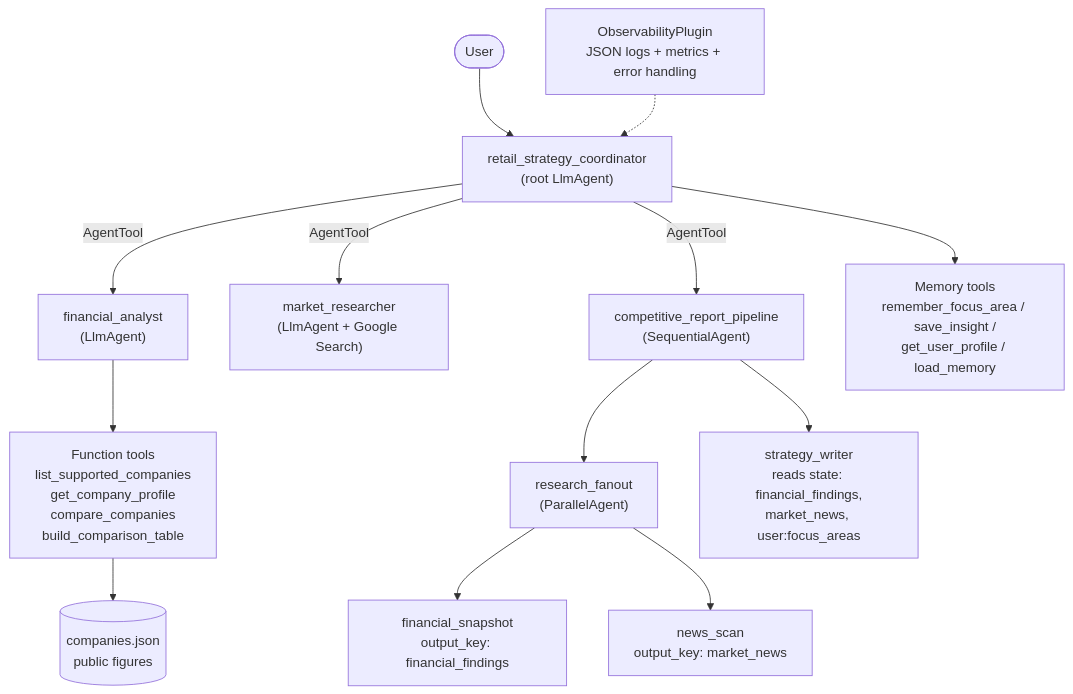
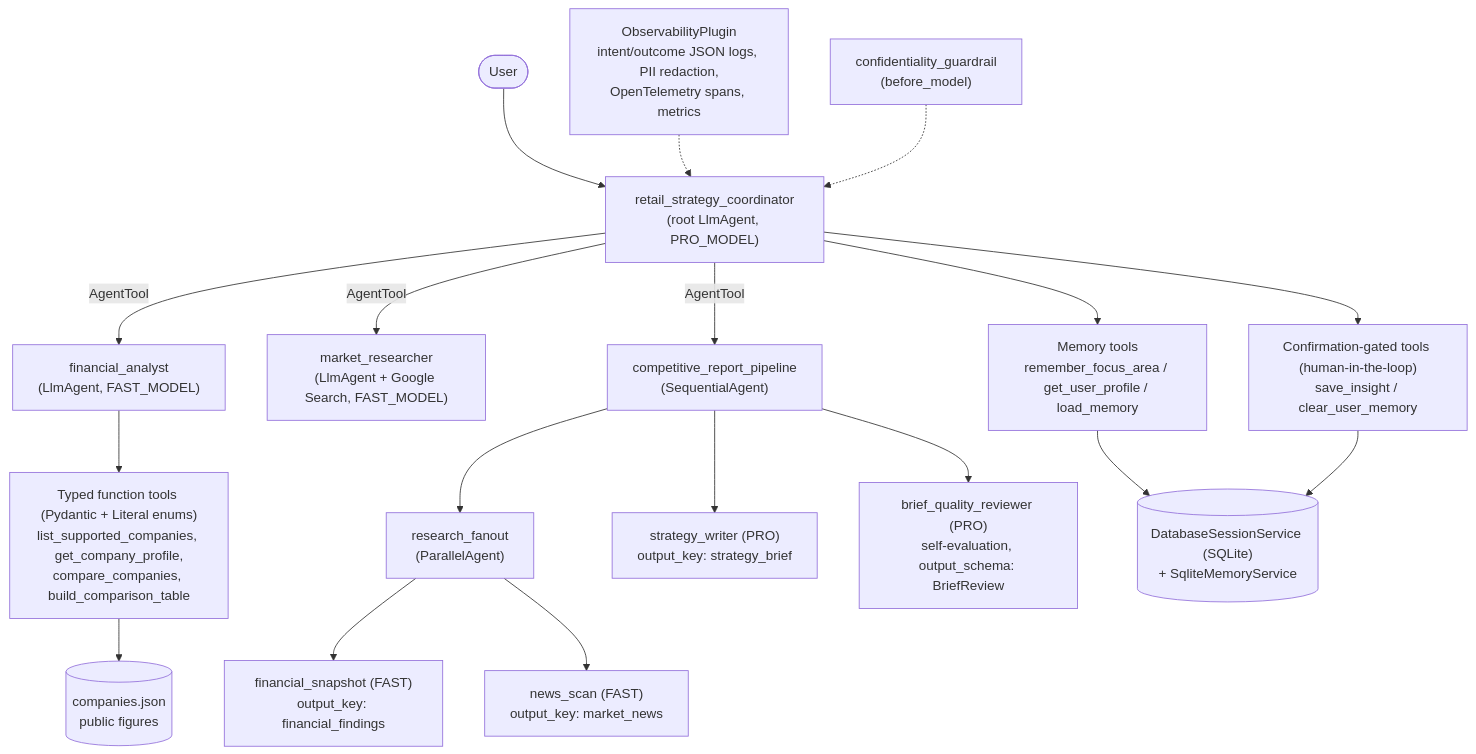
One commit to michelledennen/retail-competitive-intel-agent changed the diagram in README.md. Above: the diagram before and after it, drawn with Mermaid. The commit also changed other lines of this file and 35 other files, not shown here.

Commit message:
Rubric hardening: schemas, persistent sessions, async memory, model routing with retries, self-review, HITL, intent/outcome logs, OTel tracing, PII redaction, eval suite, Terraform, Secret Manager, CI security scans

````diff
--- a/README.md
+++ b/README.md
@@ -37,15 +39,20 @@
 ```mermaid
 flowchart TD
-    U([User]) --> C["retail_strategy_coordinator<br/>(root LlmAgent)"]
-    C -->|AgentTool| FA["financial_analyst<br/>(LlmAgent)"]
-    C -->|AgentTool| MR["market_researcher<br/>(LlmAgent + Google Search)"]
+    U([User]) --> C["retail_strategy_coordinator<br/>(root LlmAgent, PRO_MODEL)"]
+    C -->|AgentTool| FA["financial_analyst<br/>(LlmAgent, FAST_MODEL)"]
+    C -->|AgentTool| MR["market_researcher<br/>(LlmAgent + Google Search, FAST_MODEL)"]
     C -->|AgentTool| P["competitive_report_pipeline<br/>(SequentialAgent)"]
-    C --> MEM["Memory tools<br/>remember_focus_area / save_insight /<br/>get_user_profile / load_memory"]
-    FA --> T["Function tools<br/>list_supported_companies<br/>get_company_profile<br/>compare_companies<br/>build_comparison_table"]
+    C --> MEM["Memory tools<br/>remember_focus_area / get_user_profile / load_memory"]
+    C --> HITL["Confirmation-gated tools (human-in-the-loop)<br/>save_insight / clear_user_memory"]
+    FA --> T["Typed function tools (Pydantic + Literal enums)<br/>list_supported_companies, get_company_profile,<br/>compare_companies, build_comparison_table"]
     T --> D[("companies.json<br/>public figures")]
     P --> PF["research_fanout<br/>(ParallelAgent)"]
-    PF --> FS["financial_snapshot<br/>output_key: financial_findings"]
-    PF --> NS["news_scan<br/>output_key: market_news"]
-    P --> SW["strategy_writer<br/>reads state: financial_findings,<br/>market_news, user:focus_areas"]
-    OBS["ObservabilityPlugin<br/>JSON logs + metrics + error handling"] -.-> C
+    PF --> FS["financial_snapshot (FAST)<br/>output_key: financial_findings"]
+    PF --> NS["news_scan (FAST)<br/>output_key: market_news"]
+    P --> SW["strategy_writer (PRO)<br/>output_key: strategy_brief"]
+    P --> RV["brief_quality_reviewer (PRO)<br/>self-evaluation, output_schema: BriefReview"]
+    MEM --> DB[("DatabaseSessionService (SQLite)<br/>+ SqliteMemoryService")]
+    HITL --> DB
+    OBS["ObservabilityPlugin<br/>intent/outcome JSON logs, PII redaction,<br/>OpenTelemetry spans, metrics"] -.-> C
+    G["confidentiality_guardrail<br/>(before_model)"] -.-> C
 ```
````
